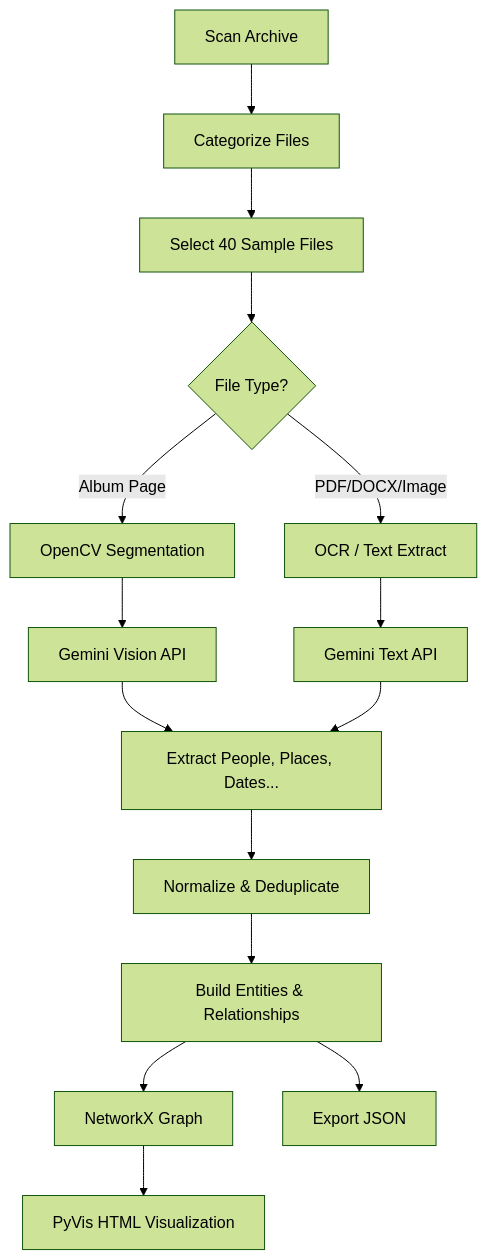
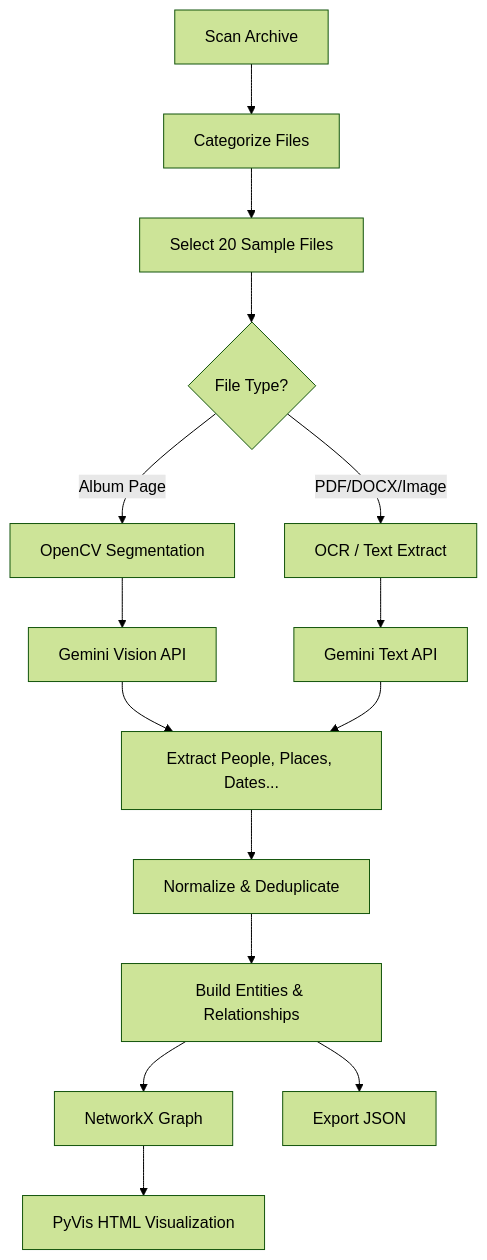
Before and after one commit to yara251181/martiny-archive-kg: the diagram in README.md, drawn with Mermaid (forest theme). The commit also changed other lines of this file, not shown here.

````diff
--- a/README.md
+++ b/README.md
@@ -115,17 +115,17 @@
 ```mermaid
 graph TD
     A[Scan Archive] --> B[Categorize Files]
-    B --> C[Select 40 Sample Files]
+    B --> C[Select 20 Sample Files]
     C --> D{File Type?}
     D -->|Album Page| E[OpenCV Segmentation]
     D -->|PDF/DOCX/Image| F[OCR / Text Extract]
     E --> G[Gemini Vision API]
     F --> H[Gemini Text API]
     G --> I[Extract People, Places, Dates...]
     H --> I
     I --> J[Normalize & Deduplicate]
     J --> K[Build Entities & Relationships]
     K --> L[NetworkX Graph]
     L --> M[PyVis HTML Visualization]
     K --> N[Export JSON]
 ```
````
